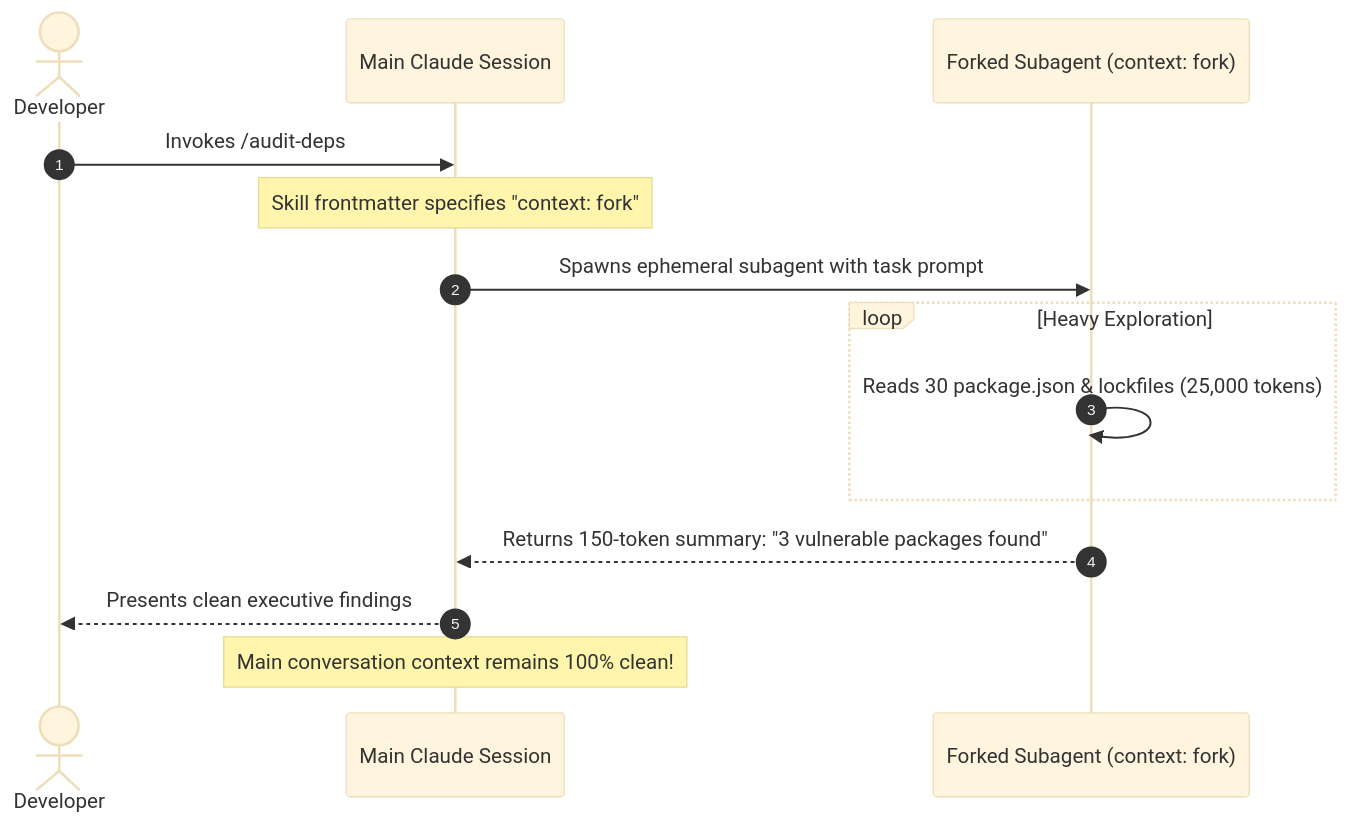
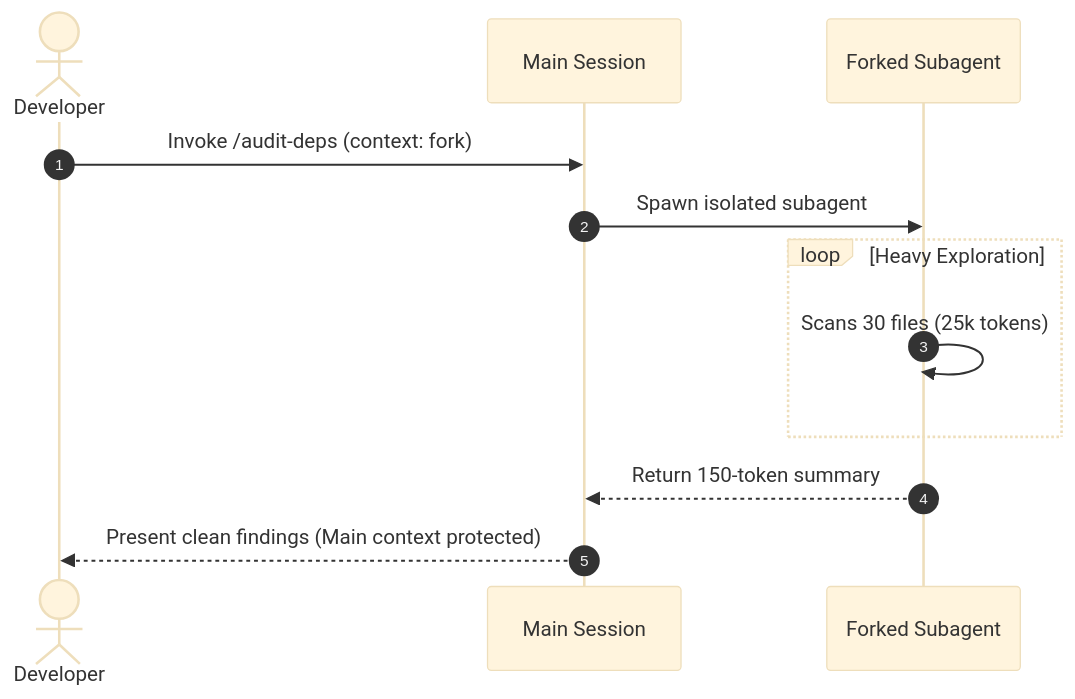
One commit to dip4k/claude_cert_architect_foundation_prep changed the third of 5 diagrams in domain3/KEY_CONCEPTS.md. Above: the diagram before and after it, drawn with Mermaid (base theme). The commit also changed other lines of this file and 30 other files, not shown here.

Commit message:
docs: enhance domain and scenario guides with exam rules, golden rules, and simplified GitHub mermaid diagrams

````diff
--- a/domain3/KEY_CONCEPTS.md
+++ b/domain3/KEY_CONCEPTS.md
@@ -133,17 +123,15 @@
 ```mermaid
 sequenceDiagram
     autonumber
     actor Dev as Developer
-    participant Main as Main Claude Session
-    participant Sub as Forked Subagent (context: fork)
+    participant Main as Main Session
+    participant Sub as Forked Subagent
 
-    Dev->>Main: Invokes /audit-deps
-    Note over Main: Skill frontmatter specifies "context: fork"
-    Main->>Sub: Spawns ephemeral subagent with task prompt
+    Dev->>Main: Invoke /audit-deps (context: fork)
+    Main->>Sub: Spawn isolated subagent
     loop Heavy Exploration
-        Sub->>Sub: Reads 30 package.json & lockfiles (25,000 tokens)
+        Sub->>Sub: Scans 30 files (25k tokens)
     end
-    Sub-->>Main: Returns 150-token summary: "3 vulnerable packages found"
-    Main-->>Dev: Presents clean executive findings
-    Note over Main: Main conversation context remains 100% clean!
+    Sub-->>Main: Return 150-token summary
+    Main-->>Dev: Present clean findings (Main context protected)
 ```
````
